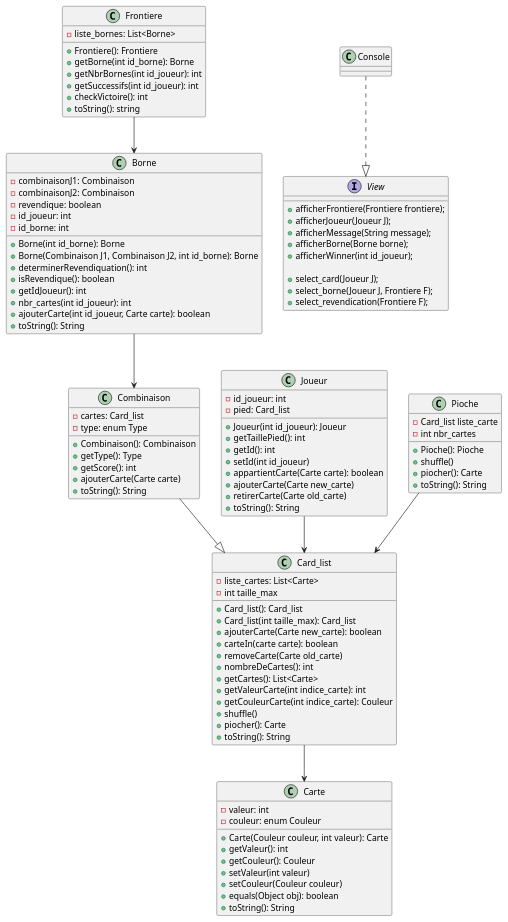
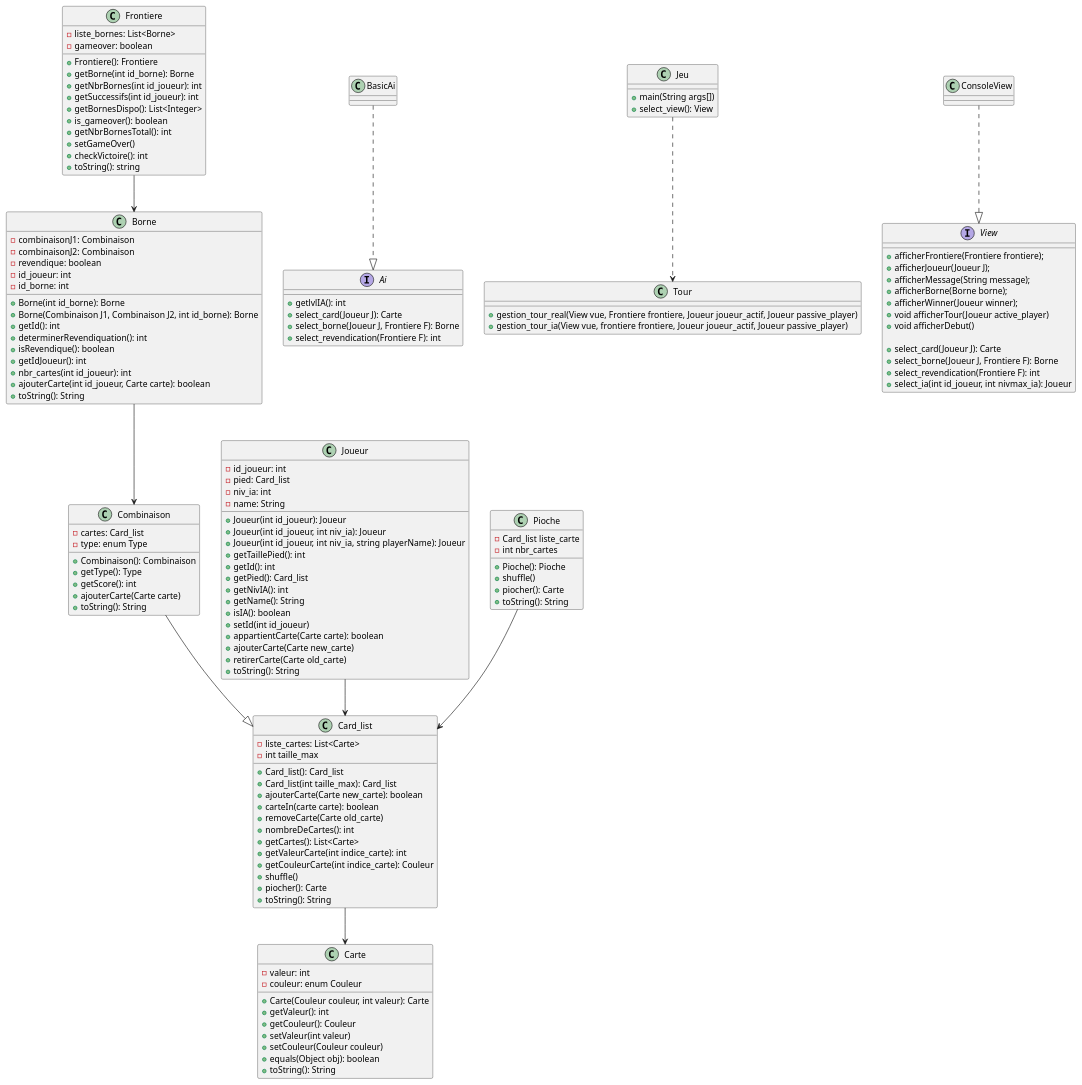
The diagram in src/diagrams/all.puml (Pagatok/pg220), drawn with PlantUML before and after one commit. The commit also changed 11 other files, not shown here.

Commit message:
Mise à jour des diagrammes de description des classes

```diff
--- a/src/diagrams/all.puml
+++ b/src/diagrams/all.puml
@@ -1,122 +1,165 @@
 @startuml all
 
 class Carte{
     - valeur: int
     - couleur: enum Couleur
     + Carte(Couleur couleur, int valeur): Carte
     + getValeur(): int
     + getCouleur(): Couleur
     + setValeur(int valeur)
     + setCouleur(Couleur couleur)
     + equals(Object obj): boolean
     + toString(): String
 }
 
 class Combinaison{
     - cartes: Card_list
     - type: enum Type
 
     + Combinaison(): Combinaison 
     + getType(): Type 
     + getScore(): int 
     + ajouterCarte(Carte carte)
     + toString(): String
 }
 
 
 class Joueur{
     - id_joueur: int
     - pied: Card_list
+    - niv_ia: int
+    - name: String
     + Joueur(int id_joueur): Joueur
+    + Joueur(int id_joueur, int niv_ia): Joueur
+    + Joueur(int id_joueur, int niv_ia, string playerName): Joueur
     + getTaillePied(): int
     + getId(): int
+    + getPied(): Card_list
+    + getNivIA(): int
+    + getName(): String
+    + isIA(): boolean
     + setId(int id_joueur)
     + appartientCarte(Carte carte): boolean
     + ajouterCarte(Carte new_carte)
     + retirerCarte(Carte old_carte)
     + toString(): String
 }
 
 
 class Card_list{
     - liste_cartes: List<Carte>
     - int taille_max
     + Card_list(): Card_list
     + Card_list(int taille_max): Card_list
     + ajouterCarte(Carte new_carte): boolean
     + carteIn(carte carte): boolean
     + removeCarte(Carte old_carte)
     + nombreDeCartes(): int 
     + getCartes(): List<Carte> 
     + getValeurCarte(int indice_carte): int
     + getCouleurCarte(int indice_carte): Couleur
     + shuffle()
     + piocher(): Carte
     + toString(): String   
 }
 
 class Borne{
     - combinaisonJ1: Combinaison
     - combinaisonJ2: Combinaison
     - revendique: boolean
     - id_joueur: int
     - id_borne: int
     + Borne(int id_borne): Borne
     + Borne(Combinaison J1, Combinaison J2, int id_borne): Borne
+    + getId(): int
     + determinerRevendiquation(): int
     + isRevendique(): boolean
     + getIdJoueur(): int
     + nbr_cartes(int id_joueur): int
     + ajouterCarte(int id_joueur, Carte carte): boolean
     + toString(): String
 }
 
 class Frontiere{
     - liste_bornes: List<Borne>
+    - gameover: boolean
     + Frontiere(): Frontiere
     + getBorne(int id_borne): Borne
     + getNbrBornes(int id_joueur): int
     + getSuccessifs(int id_joueur): int
+    + getBornesDispo(): List<Integer>
+    + is_gameover(): boolean
+    + getNbrBornesTotal(): int
+    + setGameOver()
     + checkVictoire(): int
     + toString(): string
 }
 
 
 class Pioche{
     - Card_list liste_carte
     - int nbr_cartes
     + Pioche(): Pioche
     + shuffle()
     + piocher(): Carte
     + toString(): String
 
 }
 
 Combinaison --|> Card_list
 Joueur --> Card_list
 Card_list --> Carte
 Borne --> Combinaison
 Frontiere --> Borne
 Pioche --> Card_list
 
 
 
+interface Ai{
+	+ getlvlIA(): int
+	+ select_card(Joueur J): Carte
+	+ select_borne(Joueur J, Frontiere F): Borne
+	+ select_revendication(Frontiere F): int
+}
+
+class BasicAi{
+}
+
+BasicAi ..|> Ai
+
+
+class Jeu{
+    + main(String args[])
+    + select_view(): View
+}
+
+class Tour{
+    + gestion_tour_real(View vue, Frontiere frontiere, Joueur joueur_actif, Joueur passive_player)
+    + gestion_tour_ia(View vue, frontiere frontiere, Joueur joueur_actif, Joueur passive_player)
+}
+
+Jeu ..> Tour
+
+
 interface View{
     + afficherFrontiere(Frontiere frontiere);
     + afficherJoueur(Joueur J);
     + afficherMessage(String message);
     + afficherBorne(Borne borne);
-    + afficherWinner(int id_joueur);
+    + afficherWinner(Joueur winner);
+    + void afficherTour(Joueur active_player)
+    + void afficherDebut()
 
-    + select_card(Joueur J);
-    + select_borne(Joueur J, Frontiere F);
-    + select_revendication(Frontiere F);
+    + select_card(Joueur J): Carte
+    + select_borne(Joueur J, Frontiere F): Borne
+    + select_revendication(Frontiere F): int
+    + select_ia(int id_joueur, int nivmax_ia): Joueur
 }
 
-class Console{
+class ConsoleView{
 
 }
 
-Console ..|> View
+ConsoleView ..|> View
 
 @enduml
```
